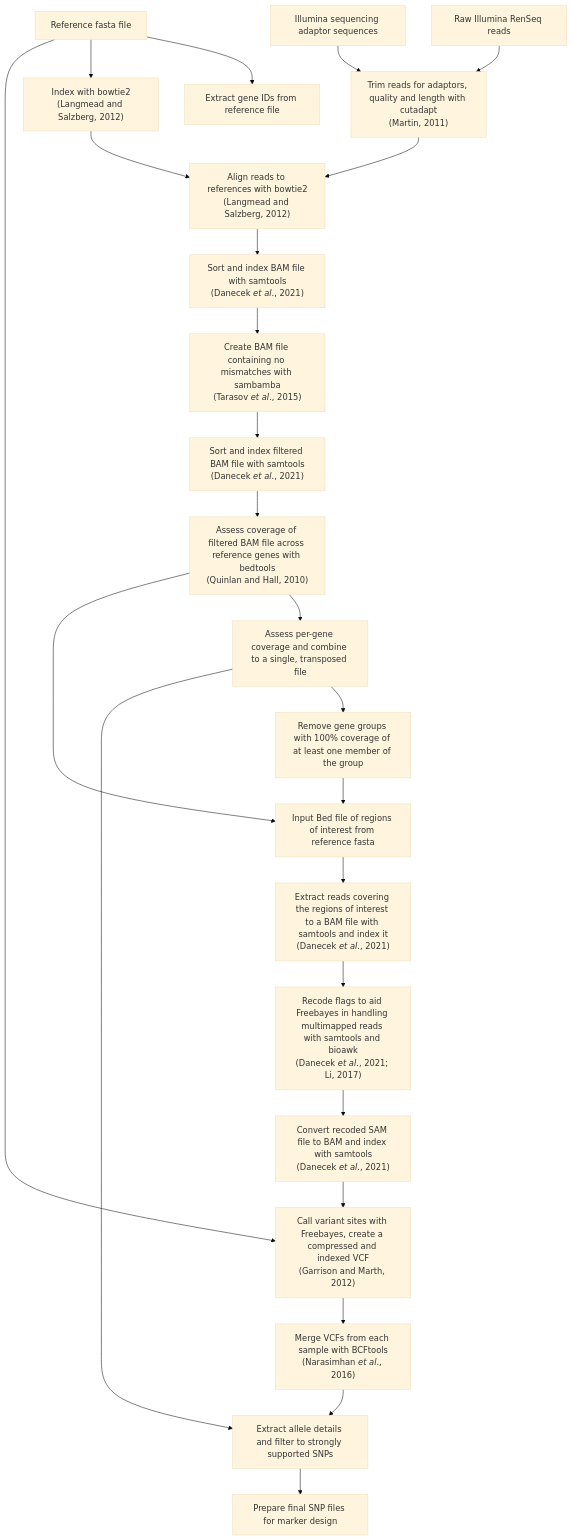
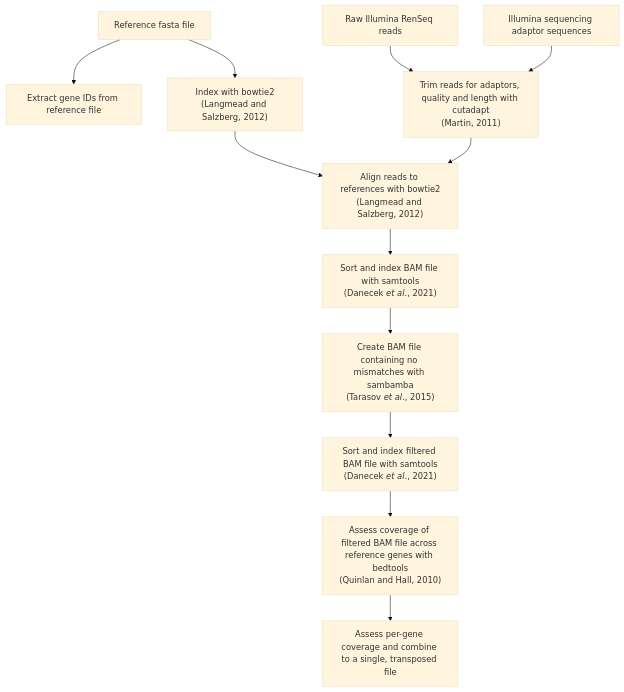
The diagram in drenseq/README.md (SwiftSeal/HISS), drawn with Mermaid (base theme) before and after one commit.

Commit message:
Removes elements from drenseq mermaid diagram that are no longer performed

````diff
--- a/drenseq/README.md
+++ b/drenseq/README.md
@@ -73,47 +73,26 @@
 ```mermaid
 graph TD
 Box1["Reference fasta file"]
 Box2["Extract gene IDs from reference file"]
 Box1-->Box2
 Box3["Raw Illumina RenSeq reads"]
 Box4["Illumina sequencing adaptor sequences"]
 Box5["Trim reads for adaptors, quality and length with cutadapt<br />(Martin, 2011)"]
 Box3-->Box5
 Box4-->Box5
 Box6["Index with bowtie2<br />(Langmead and Salzberg, 2012)"]
 Box1-->Box6
 Box7["Align reads to references with bowtie2<br />(Langmead and Salzberg, 2012)"]
 Box6-->Box7
 Box5-->Box7
 Box8["Sort and index BAM file with samtools<br />(Danecek <i>et al</i>., 2021)"]
 Box7-->Box8
 Box9["Create BAM file containing no mismatches with sambamba<br />(Tarasov <i>et al</i>., 2015)"]
 Box8-->Box9
 Box10["Sort and index filtered BAM file with samtools<br />(Danecek <i>et al</i>., 2021)"]
 Box9-->Box10
 Box11["Assess coverage of filtered BAM file across reference genes with bedtools<br />(Quinlan and Hall, 2010)"]
 Box10-->Box11
 Box12["Assess per-gene coverage and combine to a single, transposed file"]
 Box11-->Box12
-Box13["Remove gene groups with 100% coverage of at least one member of the group"]
-Box12-->Box13
-Box14["Input Bed file of regions of interest from reference fasta"]
-Box11-->Box14
-Box13-->Box14
-Box15["Extract reads covering the regions of interest to a BAM file with samtools and index it<br />(Danecek <i>et al</i>., 2021)"]
-Box14-->Box15
-Box16["Recode flags to aid Freebayes in handling multimapped reads with samtools and bioawk<br />(Danecek <i>et al</i>., 2021; Li, 2017)"]
-Box15-->Box16
-Box17["Convert recoded SAM file to BAM and index with samtools<br />(Danecek <i>et al</i>., 2021)"]
-Box16-->Box17
-Box18["Call variant sites with Freebayes, create a compressed and indexed VCF<br />(Garrison and Marth, 2012)"]
-Box17-->Box18
-Box1-->Box18
-Box19["Merge VCFs from each sample with BCFtools<br />(Narasimhan <i>et al</i>., 2016)"]
-Box18-->Box19
-Box20["Extract allele details and filter to strongly supported SNPs"]
-Box19-->Box20
-Box12-->Box20
-Box21["Prepare final SNP files for marker design"]
-Box20-->Box21
 ```
````
